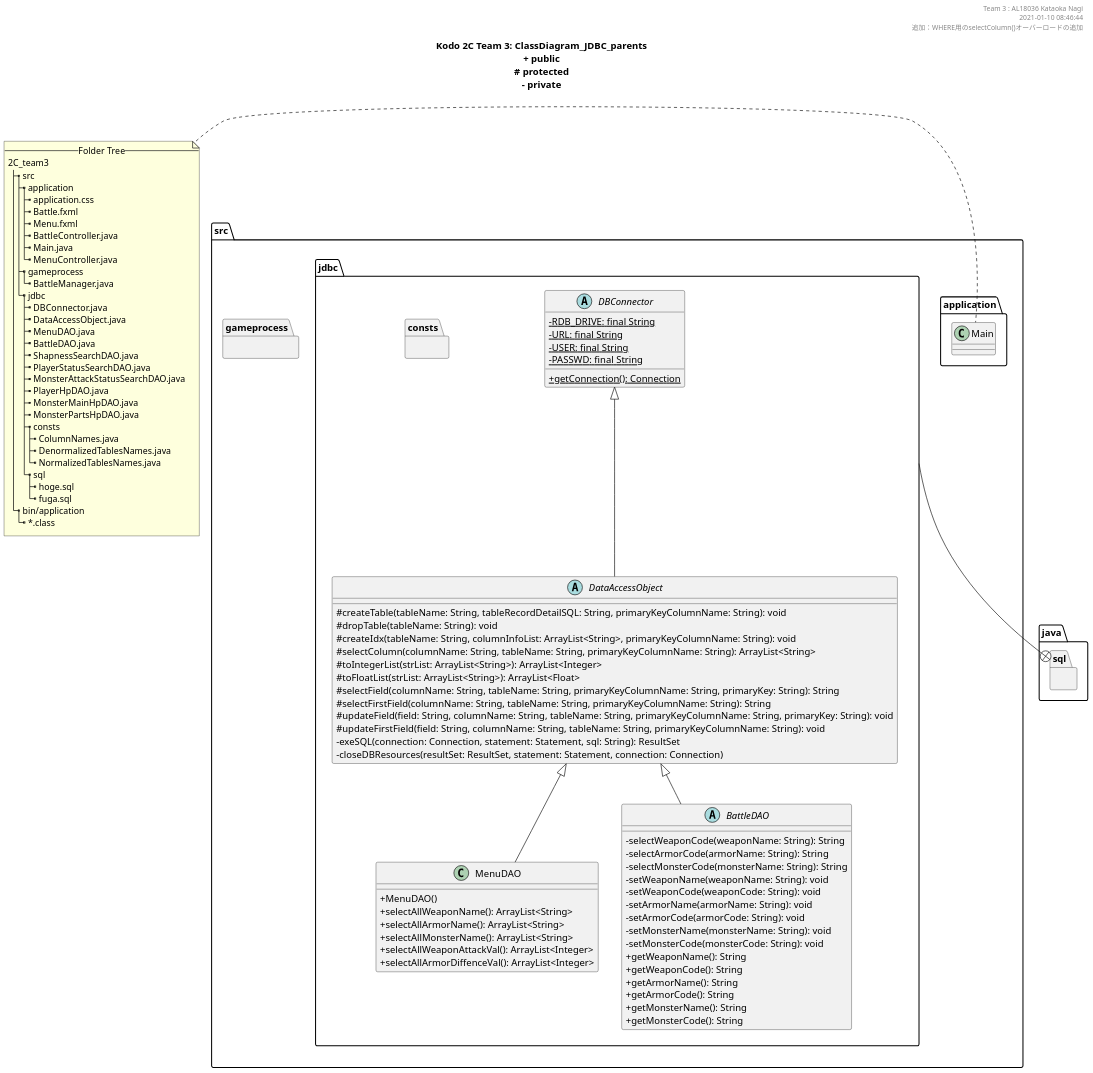
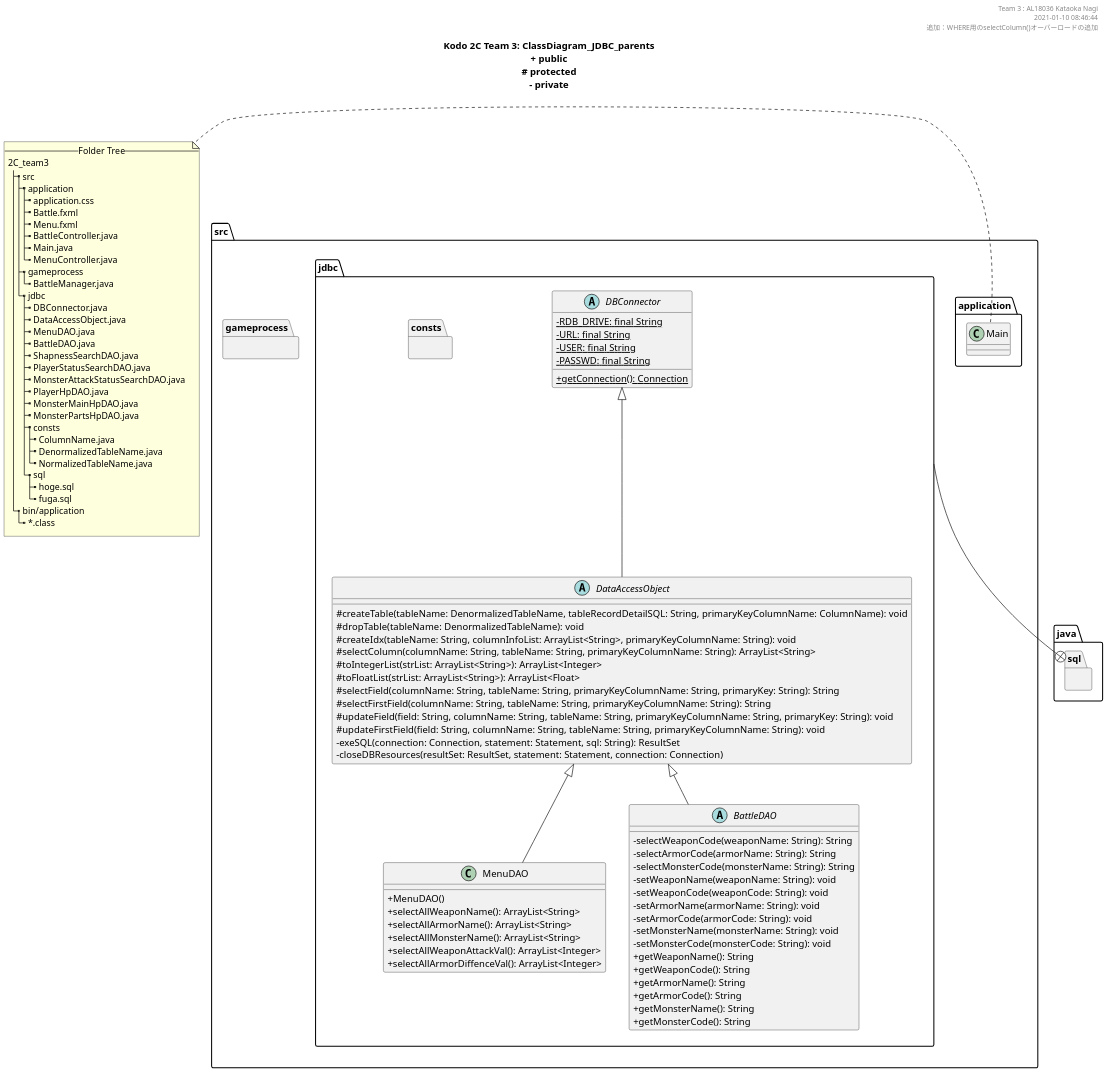
The diagram in uml/ClassDiagram_JDBC_parents.pu (KataokaNagi/2C_team3), drawn with PlantUML before and after one commit. The commit also changed 9 other files, not shown here.

```diff
--- a/uml/ClassDiagram_JDBC_parents.pu
+++ b/uml/ClassDiagram_JDBC_parents.pu
@@ -16,182 +16,182 @@
 @startuml ./out/ClassDiagram_JDBC_parents.png
 scale 1.5
 skinparam DefaultFontName メイリオ
 ' 可視性の変更
 skinparam classAttributeIconSize 0
 
 ''''''''''''''''''''''''''''''''''''''''''''''''''
 
 header 
 Team 3 : AL18036 Kataoka Nagi
 2021-01-10 08:46:44
 追加：WHERE用のselectColumn()オーバーロードの追加
 end header
 
 ''''''''''''''''''''''''''''''''''''''''''''''''''
 
 title
 **Kodo 2C Team 3: ClassDiagram_JDBC_parents**
 + public
 ~# protected
 ~- private
 end title
 ' __static__
 
 ''''''''''''''''''''''''''''''''''''''''''''''''''''''''''''''''''''''''''''''''
 
 package src {
   package src.application {
     class Main
   }
   package src.gameprocess {
   }
   package src.jdbc {
   }
 }
 
 ''''''''''''''''''''''''''''''''''''''''''''''''''''''''''''''''''''''''''''''''
 
 note left
   --Folder Tree--
   2C_team3
   |_ src
     |_ application
       |_ application.css
       |_ Battle.fxml
       |_ Menu.fxml
       |_ BattleController.java
       |_ Main.java
       |_ MenuController.java
     |_ gameprocess
       |_ BattleManager.java
     |_ jdbc
       |_ DBConnector.java
       |_ DataAccessObject.java
       |_ MenuDAO.java
       |_ BattleDAO.java
       |_ ShapnessSearchDAO.java
       |_ PlayerStatusSearchDAO.java
       |_ MonsterAttackStatusSearchDAO.java
       |_ PlayerHpDAO.java
       |_ MonsterMainHpDAO.java
       |_ MonsterPartsHpDAO.java
       |_ consts
-        |_ ColumnNames.java
-        |_ DenormalizedTablesNames.java
-        |_ NormalizedTablesNames.java
+        |_ ColumnName.java
+        |_ DenormalizedTableName.java
+        |_ NormalizedTableName.java
       |_ sql
         |_ hoge.sql
         |_ fuga.sql
   |_ bin/application
     |_ ~*.class
 end note
 
 ''''''''''''''''''''''''''''''''''''''''''''''''''''''''''''''''''''''''''''''''
 
 package java.sql {
 }
 
 ' package javafx {
 '   class Application
 '   Interface Initializable
 ' }
 
 package src.jdbc {
   package src.jdbc.consts {
   }
 }
 
 src.jdbc --+ java.sql
 ' src.application --+ javafx
 
 ''''''''''''''''''''''''''''''''''''''''''''''''''
 
 ' @note クラスの命名規則
 ' @see  https://qiita.com/KeithYokoma/items/ee21fec6a3ebb5d1e9a8
 
 package src.application {
 }
 
 ' 記事のクラス
   ' class ApplicationController extends Initializable {
   '   - dropDown: ChoiceBox<String>
   '   - textBox: TextField
   '   - button: Button
 
   '   + initialize(location: URL, resources: ResourceBundle): void
   '   + onClick(event: ActionEvent): void
   '   + getToolType(): ChoiceBox<String>
   '   + setToolType(toolType: ChoiceBox<String>): void
   '   + getInputFile(): TextField
   '   + setInputFile(textBox: TextField): void
   '   + getReference(): Button
   '   + setReference(button: Button): void
   ' }
 
 
 ''''''''''''''''''''''''''''''''''''''''''''''''''
 
 package src.gameprocess {
 }
 
 ''''''''''''''''''''''''''''''''''''''''''''''''''
 
 package src.jdbc {
   ' @note DAO pattern
   ' @see https://kanda-it-school-kensyu.com/java-jdbc-contents/jj_ch04/jj_0401/
 
   abstract class DBConnector {
     - {static} RDB_DRIVE: final String
     - {static} URL: final String
     - {static} USER: final String
     - {static} PASSWD: final String
 
     + {static} getConnection(): Connection
   }
 
   abstract class DataAccessObject extends DBConnector {
-    # createTable(tableName: String, tableRecordDetailSQL: String, primaryKeyColumnName: String): void
-    # dropTable(tableName: String): void
+    # createTable(tableName: DenormalizedTableName, tableRecordDetailSQL: String, primaryKeyColumnName: ColumnName): void
+    # dropTable(tableName: DenormalizedTableName): void
     # createIdx(tableName: String, columnInfoList: ArrayList<String>, primaryKeyColumnName: String): void
     # selectColumn(columnName: String, tableName: String, primaryKeyColumnName: String): ArrayList<String>
     # toIntegerList(strList: ArrayList<String>): ArrayList<Integer>
     # toFloatList(strList: ArrayList<String>): ArrayList<Float>
     # selectField(columnName: String, tableName: String, primaryKeyColumnName: String, primaryKey: String): String
     # selectFirstField(columnName: String, tableName: String, primaryKeyColumnName: String): String
     # updateField(field: String, columnName: String, tableName: String, primaryKeyColumnName: String, primaryKey: String): void
     # updateFirstField(field: String, columnName: String, tableName: String, primaryKeyColumnName: String): void
     - exeSQL(connection: Connection, statement: Statement, sql: String): ResultSet
     - closeDBResources(resultSet: ResultSet, statement: Statement, connection: Connection)
   }
 
   class MenuDAO extends DataAccessObject {
     + MenuDAO()
     + selectAllWeaponName(): ArrayList<String>
     + selectAllArmorName(): ArrayList<String>
     + selectAllMonsterName(): ArrayList<String>
     + selectAllWeaponAttackVal(): ArrayList<Integer>
     + selectAllArmorDiffenceVal(): ArrayList<Integer>
   }
 
   abstract class BattleDAO extends DataAccessObject {
   - selectWeaponCode(weaponName: String): String
   - selectArmorCode(armorName: String): String
   - selectMonsterCode(monsterName: String): String
   - setWeaponName(weaponName: String): void
   - setWeaponCode(weaponCode: String): void
   - setArmorName(armorName: String): void
   - setArmorCode(armorCode: String): void
   - setMonsterName(monsterName: String): void
   - setMonsterCode(monsterCode: String): void
   + getWeaponName(): String
   + getWeaponCode(): String
   + getArmorName(): String
   + getArmorCode(): String
   + getMonsterName(): String
   + getMonsterCode(): String
   }
 }
 
 ''''''''''''''''''''''''''''''''''''''''''''''''''''''''''''''''''''''''''''''''
 
 @enduml
```
